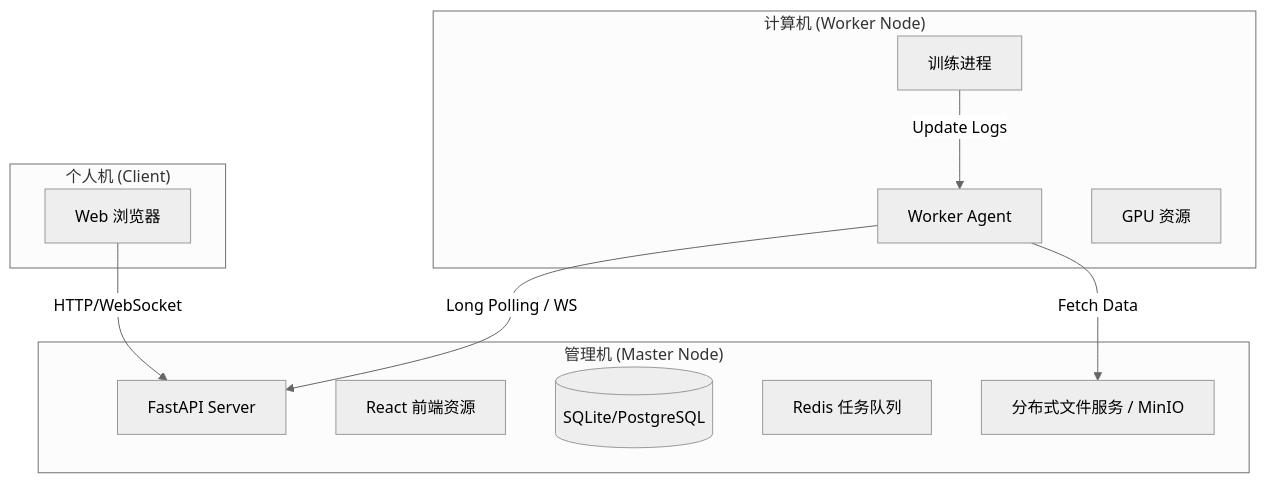
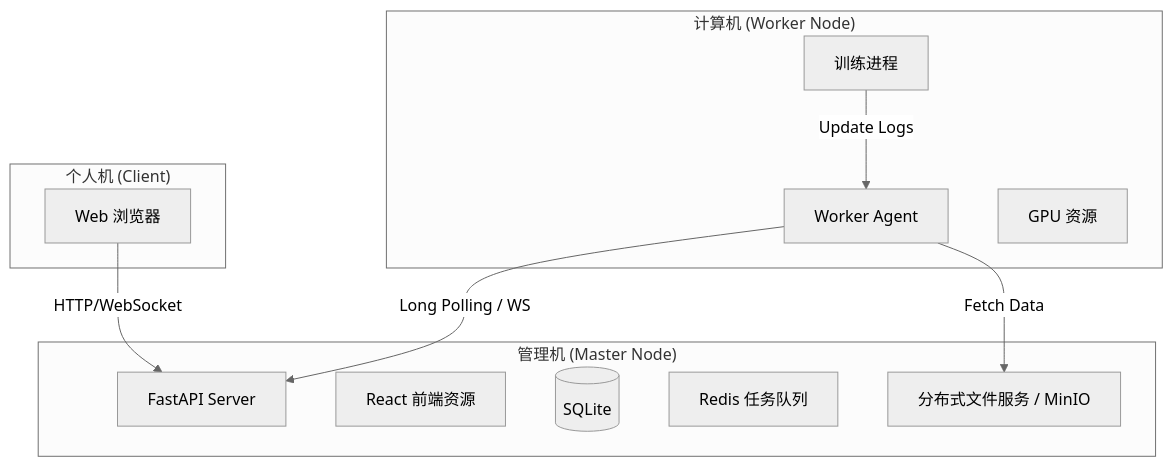
Before and after one commit to ZhouLon/proteinx-infra: the diagram in docs/technical_architecture.md, drawn with Mermaid (neutral theme). The commit also changed 22 other files, not shown here.

````diff
--- a/docs/technical_architecture.md
+++ b/docs/technical_architecture.md
@@ -5,25 +5,25 @@
 ```mermaid
 graph TD
     subgraph "个人机 (Client)"
         Browser[Web 浏览器]
     end
     
     subgraph "管理机 (Master Node)"
         API[FastAPI Server]
         Web[React 前端资源]
-        DB[(SQLite/PostgreSQL)]
+        DB[(SQLite)]
         Queue[Redis 任务队列]
         FileSys[分布式文件服务 / MinIO]
     end
     
     subgraph "计算机 (Worker Node)"
         Agent[Worker Agent]
         Trainer[训练进程]
         GPU[GPU 资源]
     end
     
     Browser -->|HTTP/WebSocket| API
     Agent -->|Long Polling / WS| API
     Agent -->|Fetch Data| FileSys
     Trainer -->|Update Logs| Agent
 ```
````
